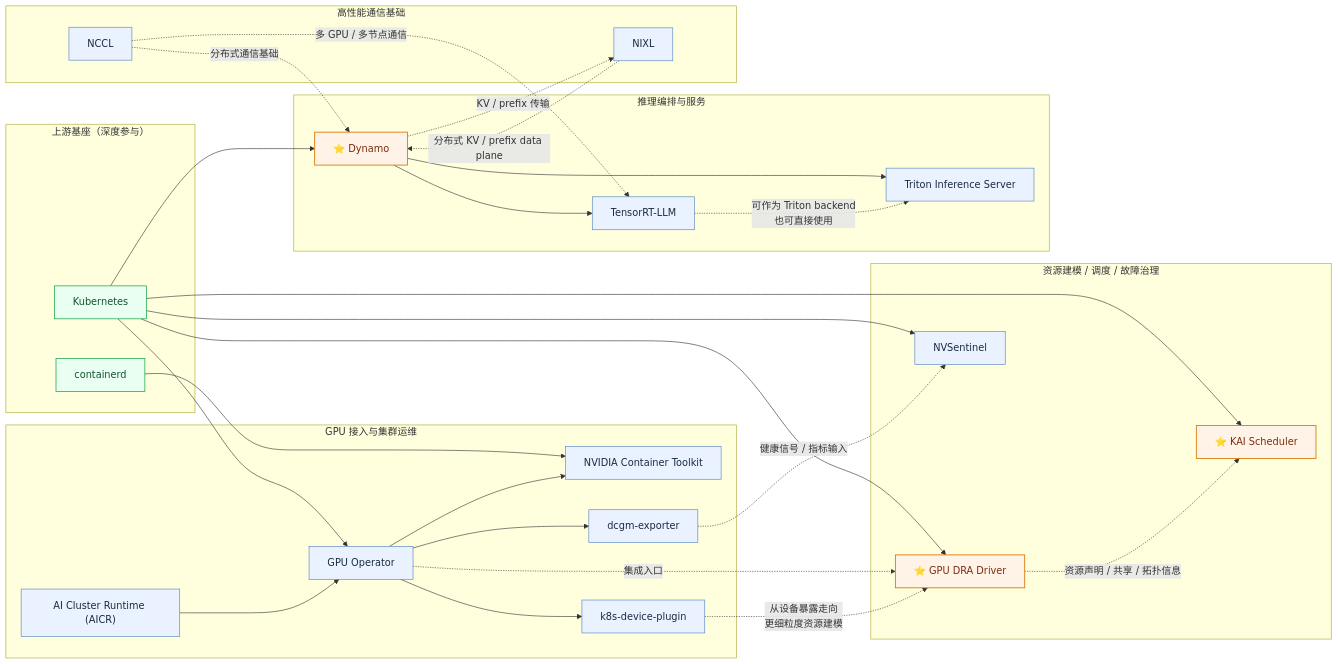
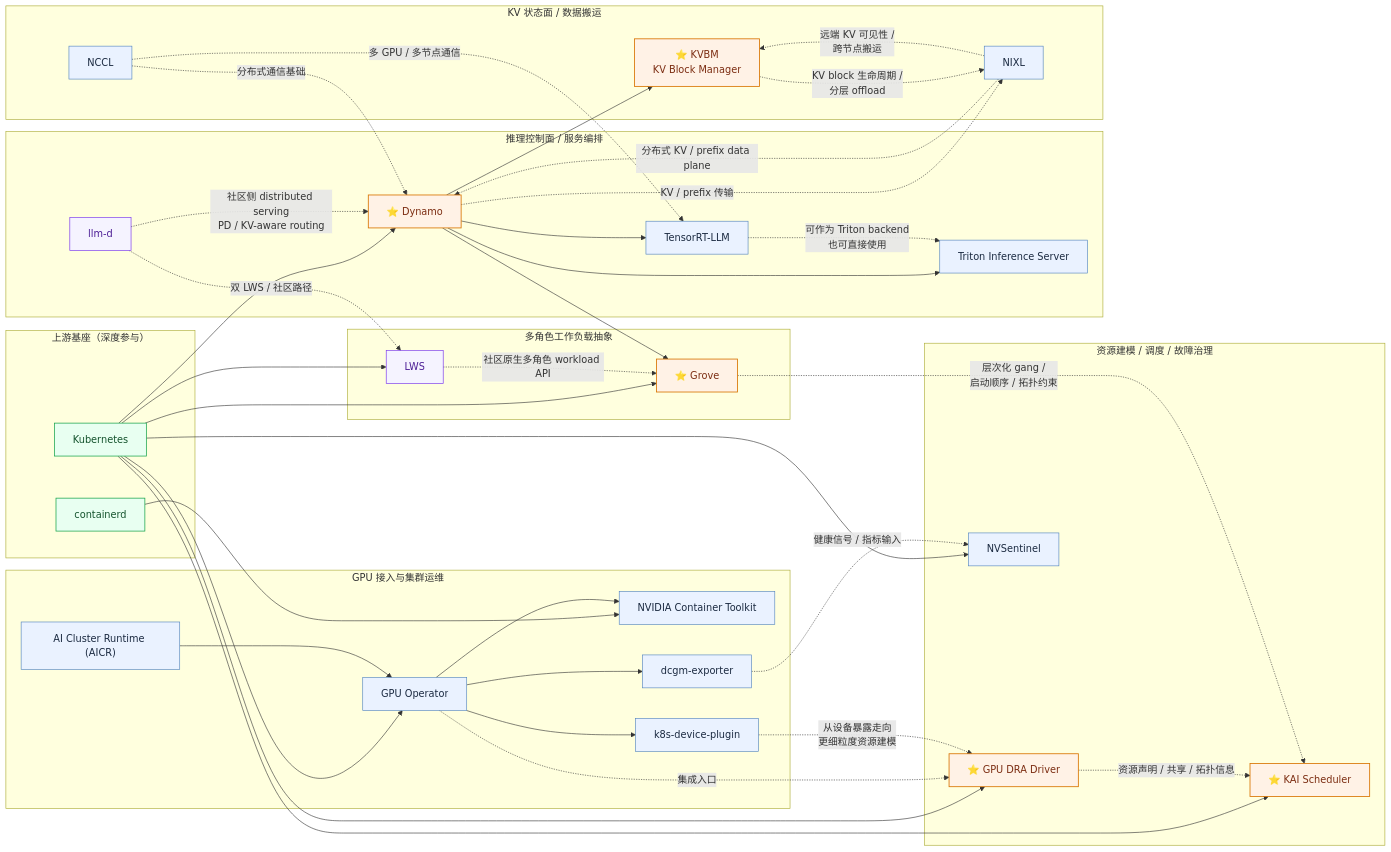
The diagram in case-study/nvidia.md (pacoxu/AI-Infra), drawn with Mermaid before and after one commit. The commit also changed other lines of this file, not shown here.

Commit message:
expand NVIDIA panorama with Dynamo, Grove, KVBM, and llm-d

````diff
--- a/case-study/nvidia.md
+++ b/case-study/nvidia.md
@@ -28,13 +28,20 @@
     NVS["NVSentinel"]
   end
 
-  subgraph SERVE["推理编排与服务"]
+  subgraph ORCH["多角色工作负载抽象"]
+    GROVE["⭐ Grove"]
+    LWS["LWS"]
+  end
+
+  subgraph SERVE["推理控制面 / 服务编排"]
     DYN["⭐ Dynamo"]
+    LLMD["llm-d"]
     TRT["TensorRT-LLM"]
     TRITON["Triton Inference Server"]
   end
 
-  subgraph COMM["高性能通信基础"]
+  subgraph STATE["KV 状态面 / 数据搬运"]
+    KVBM["⭐ KVBM<br/>KV Block Manager"]
     NIXL["NIXL"]
     NCCL["NCCL"]
   end
@@ -44,6 +51,8 @@
   K8S --> DRA
   K8S --> KAI
   K8S --> NVS
+  K8S --> GROVE
+  K8S --> LWS
   K8S --> DYN
   CTD --> CTK
 
@@ -59,22 +68,34 @@
   DRA -. "资源声明 / 共享 / 拓扑信息" .-> KAI
   DCGM -. "健康信号 / 指标输入" .-> NVS
 
-  %% serving
+  %% workload / orchestration
+  DYN --> GROVE
+  GROVE -. "层次化 gang /\n启动顺序 / 拓扑约束" .-> KAI
+  LWS -. "社区原生多角色 workload API" .-> GROVE
+
+  %% serving / state plane
+  DYN --> KVBM
   DYN --> TRT
   DYN --> TRITON
+  LLMD -. "社区侧 distributed serving\nPD / KV-aware routing" .-> DYN
+  LLMD -. "双 LWS / 社区路径" .-> LWS
+  KVBM -. "KV block 生命周期 /\n分层 offload" .-> NIXL
   DYN -. "KV / prefix 传输" .-> NIXL
   TRT -. "可作为 Triton backend\n也可直接使用" .-> TRITON
 
   %% comms
   NIXL -. "分布式 KV / prefix data plane" .-> DYN
+  NIXL -. "远端 KV 可见性 /\n跨节点搬运" .-> KVBM
   NCCL -. "多 GPU / 多节点通信" .-> TRT
   NCCL -. "分布式通信基础" .-> DYN
 
   classDef star fill:#fff2e6,stroke:#d97706,color:#7c2d12,stroke-width:1.4px;
   classDef normal fill:#eaf2ff,stroke:#4f81bd,color:#1b2a41,stroke-width:1px;
   classDef base fill:#e8fff1,stroke:#16a34a,color:#14532d,stroke-width:1.2px;
+  classDef bridge fill:#f5f3ff,stroke:#7c3aed,color:#4c1d95,stroke-width:1.1px;
 
-  class KAI,DRA,DYN star;
+  class KAI,DRA,DYN,GROVE,KVBM star;
   class GPO,CTK,KDP,DCGM,AICR,NVS,TRT,TRITON,NIXL,NCCL normal;
+  class LLMD,LWS bridge;
   class K8S,CTD base;
 ```
````
